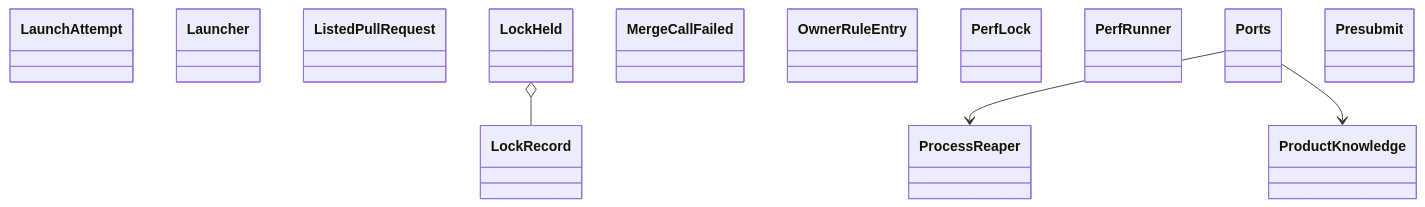
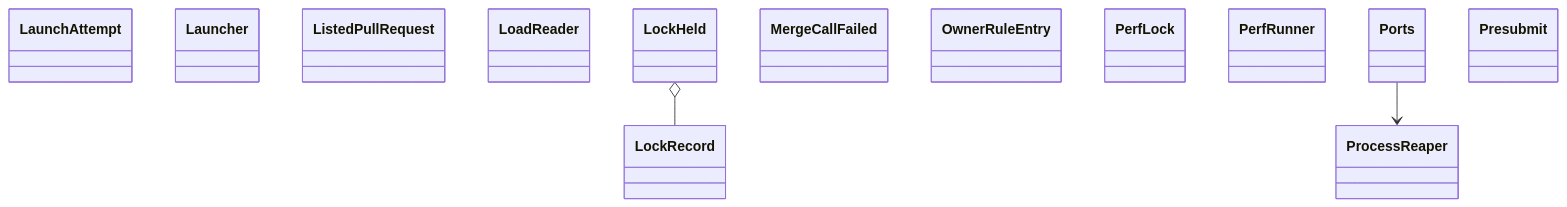
One commit to GonzaloZevallos/agentic-system changed the diagram in docs/architecture/generated/classes-process-application-support-3.md. Above: the diagram before and after it, drawn with Mermaid. The commit also changed other lines of this file and 16 other files, not shown here.

````diff
--- a/docs/architecture/generated/classes-process-application-support-3.md
+++ b/docs/architecture/generated/classes-process-application-support-3.md
@@ -16,19 +16,18 @@
 ```mermaid
 classDiagram
     class ports__LaunchAttempt["LaunchAttempt"]
     class ports__Launcher["Launcher"]
     class ports__ListedPullRequest["ListedPullRequest"]
+    class ports__LoadReader["LoadReader"]
     class ports__LockHeld["LockHeld"]
     class ports__LockRecord["LockRecord"]
     class ports__MergeCallFailed["MergeCallFailed"]
     class ports__OwnerRuleEntry["OwnerRuleEntry"]
     class ports__PerfLock["PerfLock"]
     class ports__PerfRunner["PerfRunner"]
     class ports__Ports["Ports"]
     class ports__Presubmit["Presubmit"]
     class ports__ProcessReaper["ProcessReaper"]
-    class ports__ProductKnowledge["ProductKnowledge"]
     ports__LockHeld o-- ports__LockRecord
     ports__Ports --> ports__ProcessReaper
-    ports__Ports --> ports__ProductKnowledge
 ```
````
